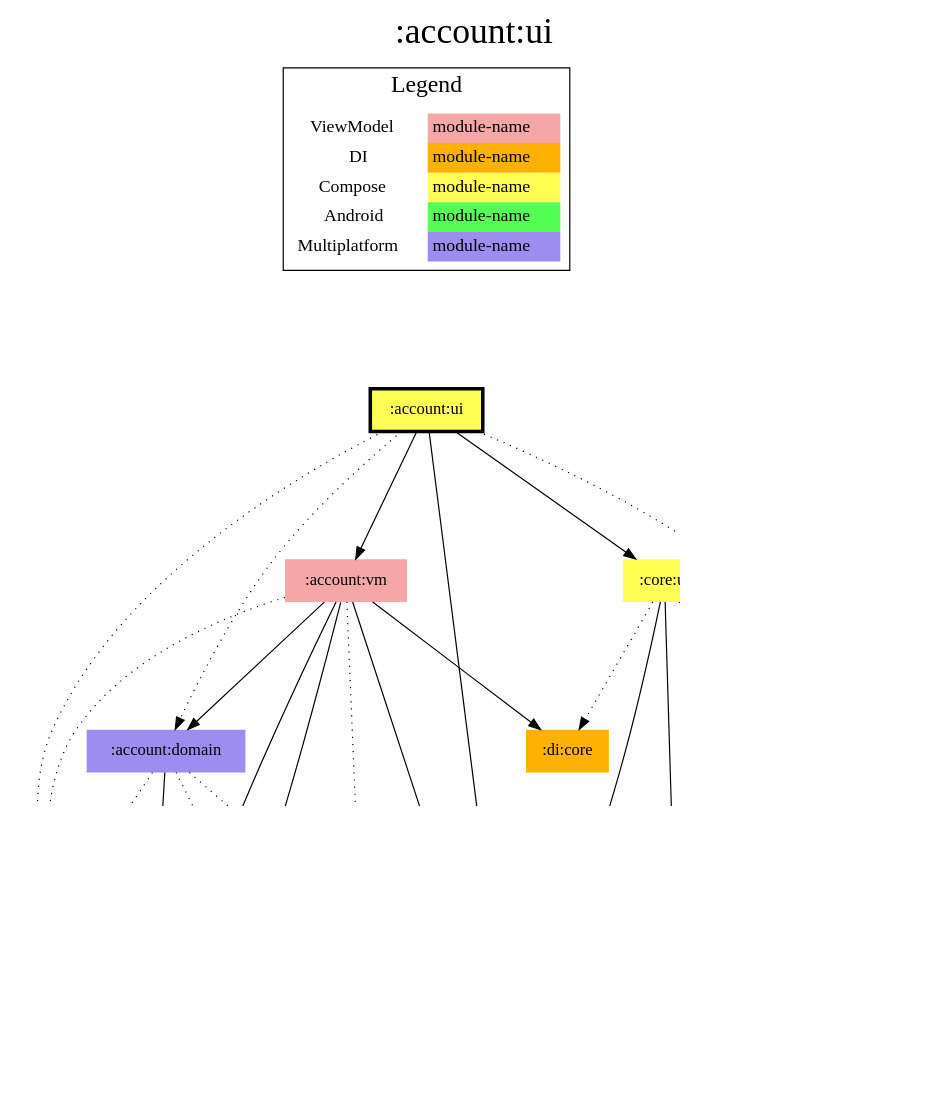
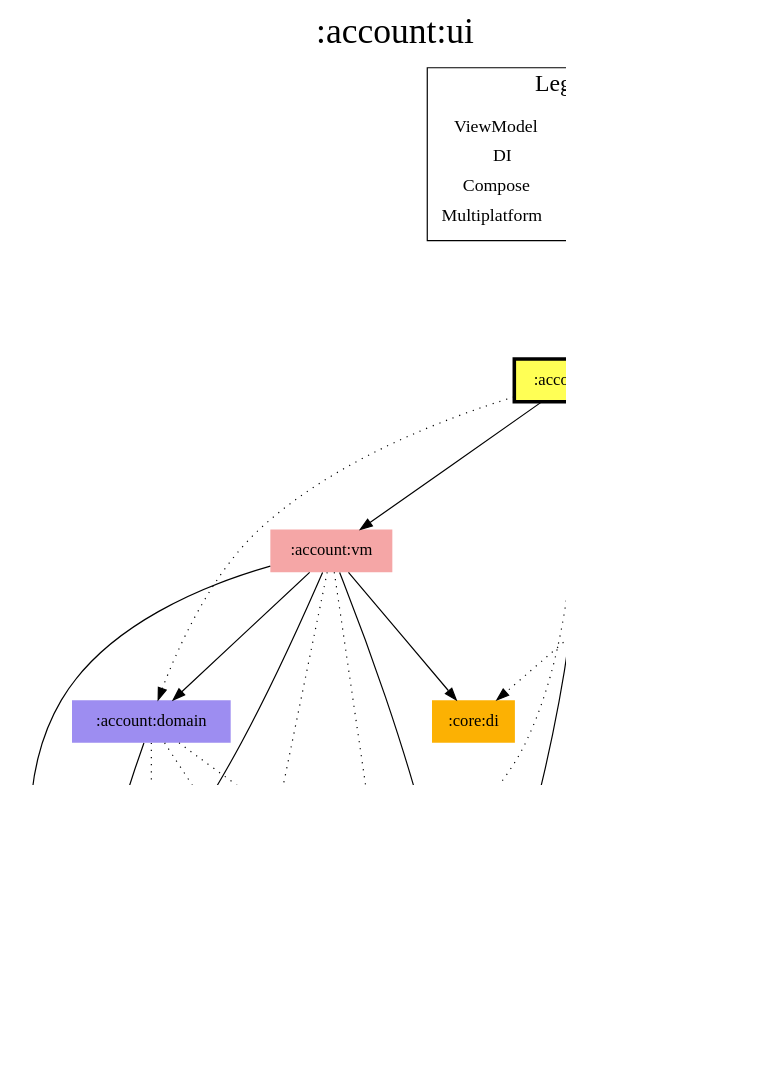
Before and after one commit to jonapoul/aktual: the diagram in modules/account/ui/modules.dot, drawn with Graphviz. The commit also changed 477 other files, not shown here.

```diff
--- a/modules/account/ui/modules.dot
+++ b/modules/account/ui/modules.dot
@@ -1,65 +1,62 @@
 digraph {
 edge ["dir"="forward"]
 graph ["dpi"="100","label"=":account:ui","labelloc"="t","fontsize"="30","ranksep"="1.5","rankdir"="TB"]
 node ["style"="filled"]
 ":account:domain" ["fillcolor"="#9D8DF1","shape"="none"]
 ":account:model" ["fillcolor"="#9D8DF1","shape"="none"]
 ":account:ui" ["fillcolor"="#FFFF55","color"="black","penwidth"="3","shape"="box"]
 ":account:vm" ["fillcolor"="#F5A6A6","shape"="none"]
 ":api:actual" ["fillcolor"="#9D8DF1","shape"="none"]
 ":budget:model" ["fillcolor"="#9D8DF1","shape"="none"]
 ":codegen:annotation" ["fillcolor"="#9D8DF1","shape"="none"]
-":core:android" ["fillcolor"="#55FF55","shape"="none"]
+":core:di" ["fillcolor"="#FCB103","shape"="none"]
 ":core:model" ["fillcolor"="#9D8DF1","shape"="none"]
 ":core:ui" ["fillcolor"="#FFFF55","shape"="none"]
-":di:core" ["fillcolor"="#FCB103","shape"="none"]
 ":l10n" ["fillcolor"="#9D8DF1","shape"="none"]
 ":logging" ["fillcolor"="#9D8DF1","shape"="none"]
 ":prefs" ["fillcolor"="#9D8DF1","shape"="none"]
 {
 edge ["dir"="none"]
 graph ["rank"="same"]
 ":account:ui"
 }
 ":account:domain" -> ":account:model"
 ":account:domain" -> ":api:actual" ["style"="dotted"]
 ":account:domain" -> ":logging" ["style"="dotted"]
 ":account:domain" -> ":prefs" ["style"="dotted"]
 ":account:ui" -> ":account:domain" ["style"="dotted"]
 ":account:ui" -> ":account:vm"
 ":account:ui" -> ":core:model"
 ":account:ui" -> ":core:ui"
 ":account:ui" -> ":l10n" ["style"="dotted"]
 ":account:ui" -> ":logging" ["style"="dotted"]
 ":account:vm" -> ":account:domain"
 ":account:vm" -> ":account:model"
 ":account:vm" -> ":api:actual" ["style"="dotted"]
+":account:vm" -> ":core:di"
 ":account:vm" -> ":core:model"
-":account:vm" -> ":di:core"
 ":account:vm" -> ":logging" ["style"="dotted"]
 ":account:vm" -> ":prefs"
 ":api:actual" -> ":account:model"
 ":api:actual" -> ":budget:model"
 ":api:actual" -> ":codegen:annotation" ["style"="dotted"]
 ":api:actual" -> ":core:model"
 ":core:ui" -> ":budget:model"
-":core:ui" -> ":core:android" ["style"="dotted"]
+":core:ui" -> ":core:di" ["style"="dotted"]
 ":core:ui" -> ":core:model"
-":core:ui" -> ":di:core" ["style"="dotted"]
 ":core:ui" -> ":l10n" ["style"="dotted"]
 ":prefs" -> ":account:model"
 ":prefs" -> ":core:model"
 subgraph "cluster_legend" {
 edge ["dir"="none"]
 graph ["label"="Legend","fontsize"="20"]
 "Legend" ["style"="filled","fillcolor"="#FFFFFF","shape"="none","margin"="0","fontsize"="15","label"=<
 <TABLE BORDER="0" CELLBORDER="0" CELLSPACING="0" CELLPADDING="4">
 <TR><TD>ViewModel</TD><TD BGCOLOR="#F5A6A6">module-name</TD></TR>
 <TR><TD>DI</TD><TD BGCOLOR="#FCB103">module-name</TD></TR>
 <TR><TD>Compose</TD><TD BGCOLOR="#FFFF55">module-name</TD></TR>
-<TR><TD>Android</TD><TD BGCOLOR="#55FF55">module-name</TD></TR>
 <TR><TD>Multiplatform</TD><TD BGCOLOR="#9D8DF1">module-name</TD></TR>
 </TABLE>
 >]
 } -> ":account:ui" ["style"="invis"]
 }
```
